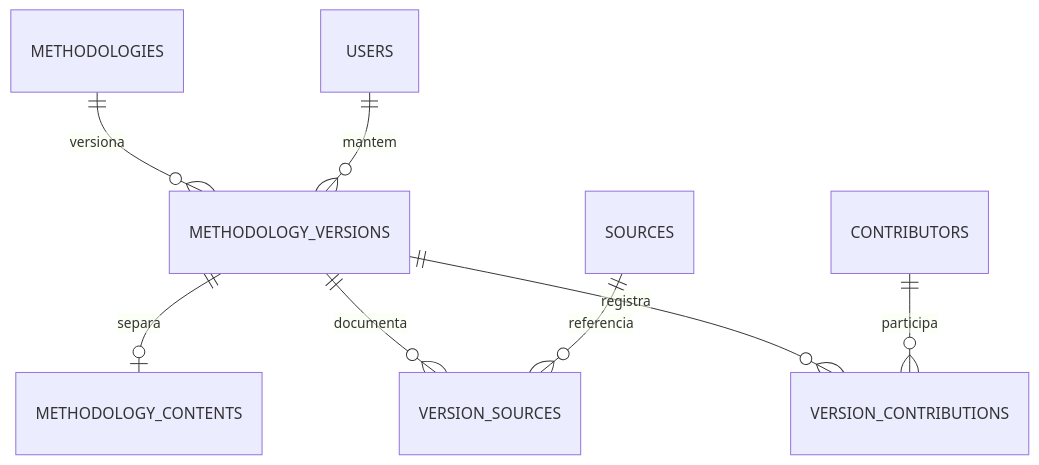
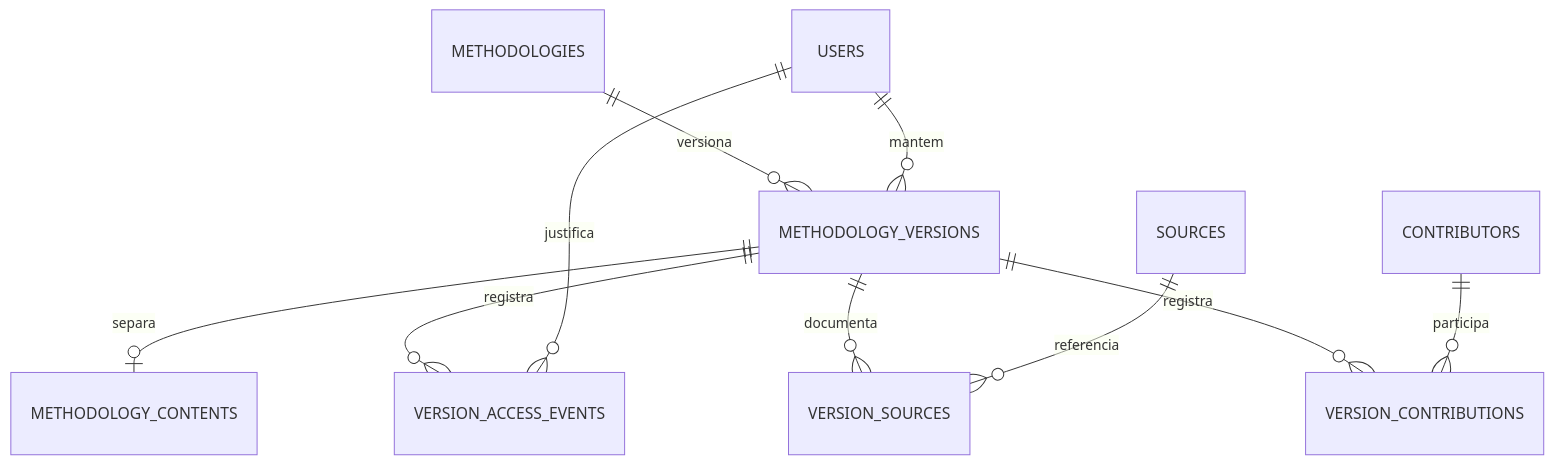
The second of 3 diagrams in docs/arquitetura/MODELO-DADOS.md (dernivaljr/wiki-chem), drawn with Mermaid before and after one commit. The commit also changed 4 other files, not shown here.

````diff
--- a/docs/arquitetura/MODELO-DADOS.md
+++ b/docs/arquitetura/MODELO-DADOS.md
@@ -56,10 +56,12 @@
 ```mermaid
 erDiagram
   METHODOLOGIES ||--o{ METHODOLOGY_VERSIONS : versiona
   METHODOLOGY_VERSIONS ||--o| METHODOLOGY_CONTENTS : separa
+  METHODOLOGY_VERSIONS ||--o{ VERSION_ACCESS_EVENTS : registra
+  USERS ||--o{ VERSION_ACCESS_EVENTS : justifica
   METHODOLOGY_VERSIONS ||--o{ VERSION_SOURCES : documenta
   SOURCES ||--o{ VERSION_SOURCES : referencia
   METHODOLOGY_VERSIONS ||--o{ VERSION_CONTRIBUTIONS : registra
   CONTRIBUTORS ||--o{ VERSION_CONTRIBUTIONS : participa
   USERS ||--o{ METHODOLOGY_VERSIONS : mantem
 ```
````
